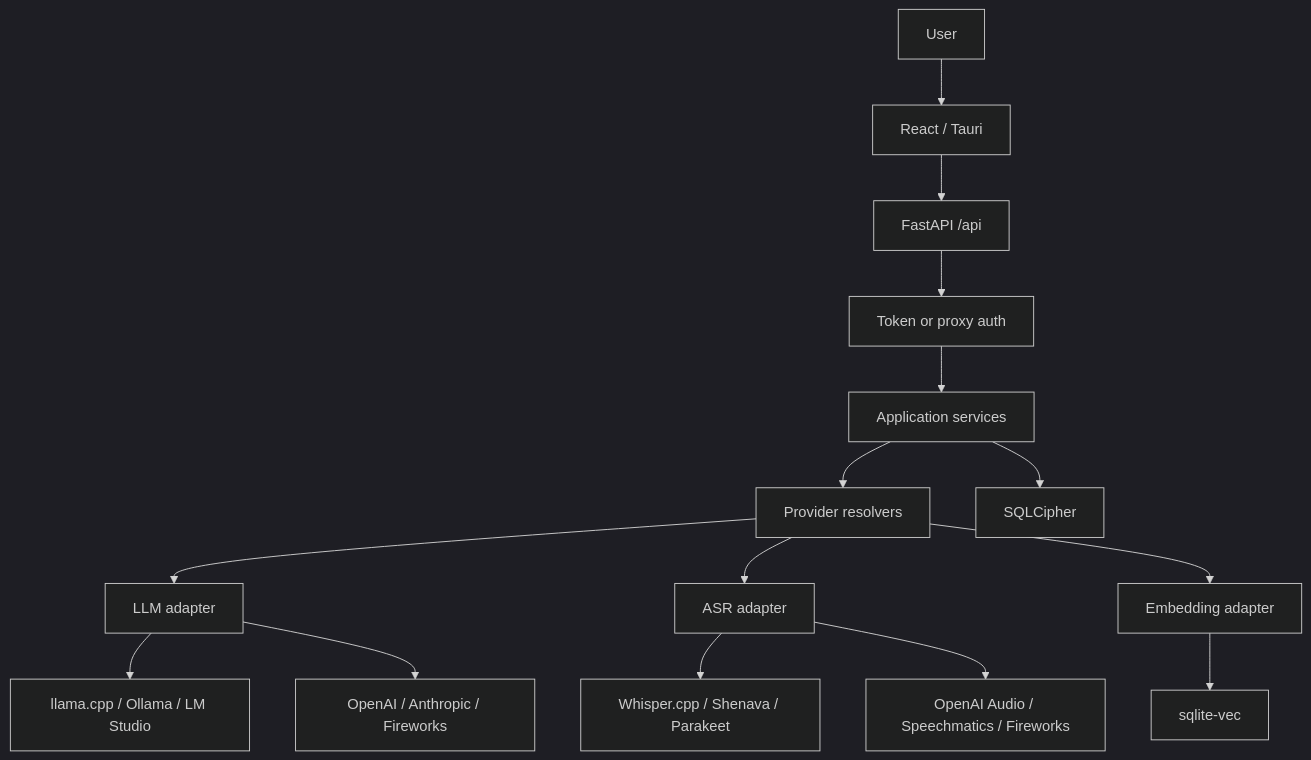
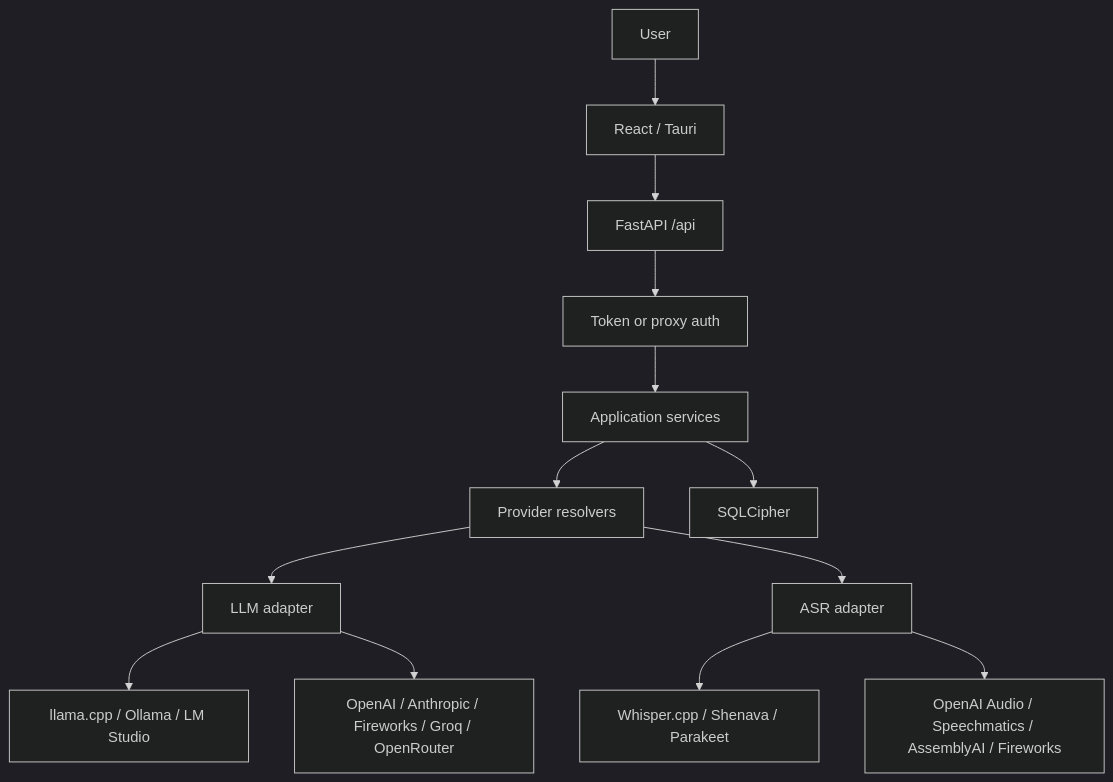
The diagram in README.md (AmiraliGhamkhar/phlox_persian2), drawn with Mermaid (dark theme) before and after one commit. The commit also changed other lines of this file and 16 other files, not shown here.

````diff
--- a/README.md
+++ b/README.md
@@ -131,17 +133,15 @@
 ```mermaid
 flowchart TD
   User --> UI[React / Tauri]
   UI --> API[FastAPI /api]
   API --> Auth[Token or proxy auth]
   Auth --> Svc[Application services]
   Svc --> Orch[Provider resolvers]
   Orch --> LLM[LLM adapter]
   Orch --> STT[ASR adapter]
-  Orch --> Emb[Embedding adapter]
   LLM --> LocalLLM[llama.cpp / Ollama / LM Studio]
-  LLM --> CloudLLM[OpenAI / Anthropic / Fireworks]
+  LLM --> CloudLLM[OpenAI / Anthropic / Fireworks / Groq / OpenRouter]
   STT --> LocalSTT[Whisper.cpp / Shenava / Parakeet]
-  STT --> CloudSTT[OpenAI Audio / Speechmatics / Fireworks]
-  Emb --> Vec[sqlite-vec]
+  STT --> CloudSTT[OpenAI Audio / Speechmatics / AssemblyAI / Fireworks]
   Svc --> DB[SQLCipher]
 ```
````
